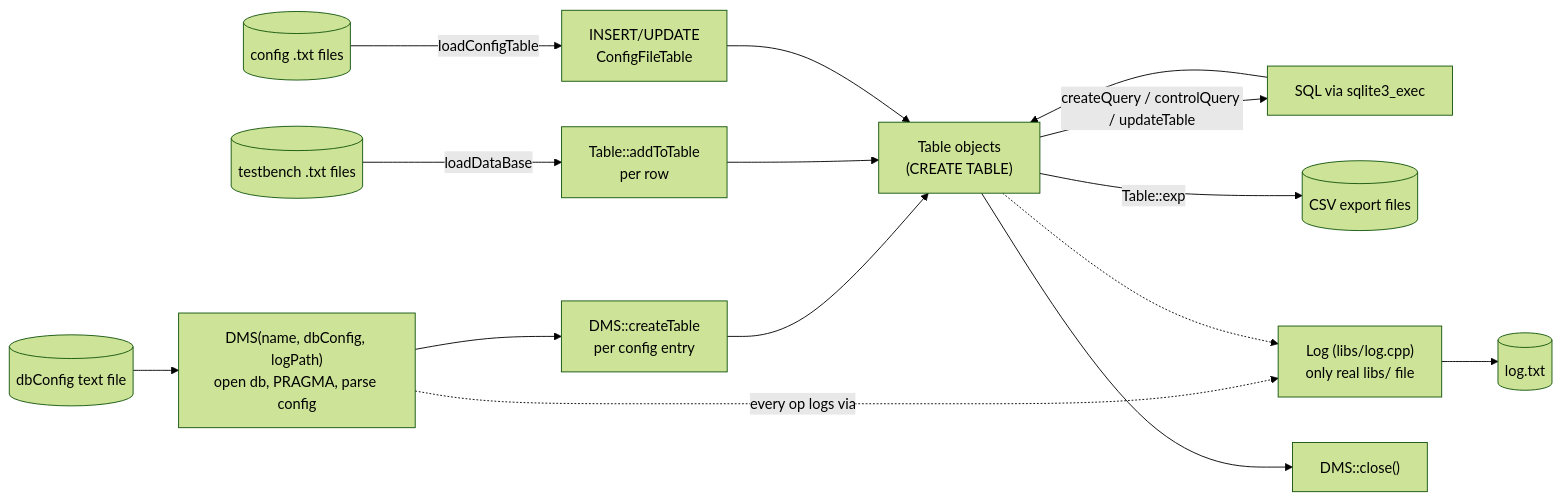
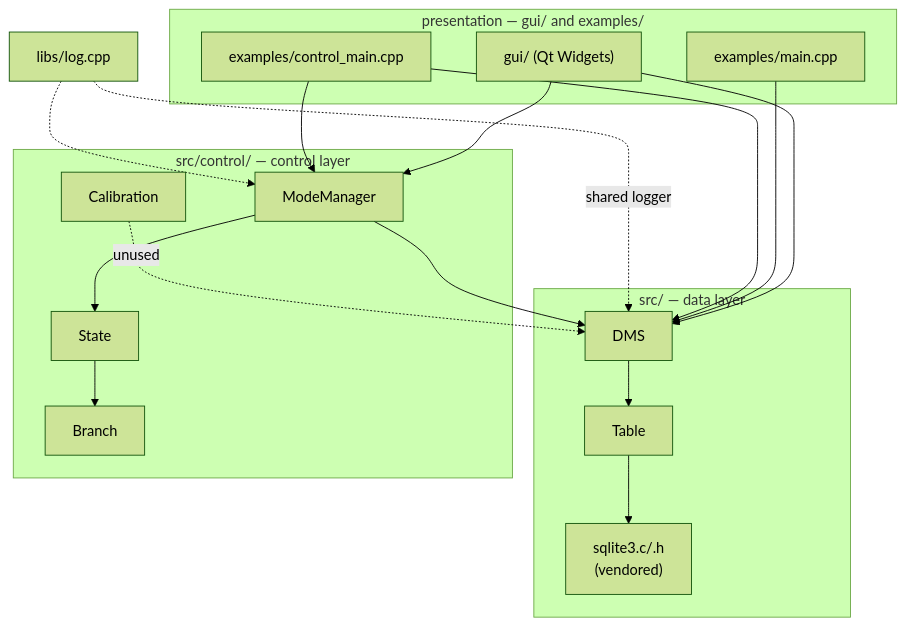
The first of 2 diagrams in docs/Manual.md (MaxwellMcFarlane/DMS), drawn with Mermaid (forest theme) before and after one commit. The commit also changed other lines of this file and 1 other file, not shown here.

````diff
--- a/docs/Manual.md
+++ b/docs/Manual.md
@@ -39,17 +32,25 @@
 ```mermaid
-flowchart LR
-    CFG[(dbConfig text file)] --> CTOR["DMS(name, dbConfig, logPath)<br/>open db, PRAGMA, parse config"]
-    CTOR --> CT["DMS::createTable<br/>per config entry"]
-    CT --> TBL["Table objects<br/>(CREATE TABLE)"]
-    TB[(testbench .txt files)] -->|loadDataBase| LOAD["Table::addToTable<br/>per row"]
-    CFF[(config .txt files)] -->|loadConfigTable| UPSERT["INSERT/UPDATE<br/>ConfigFileTable"]
-    LOAD --> TBL
-    UPSERT --> TBL
-    TBL -->|createQuery / controlQuery / updateTable| QUERY[SQL via sqlite3_exec]
-    QUERY --> TBL
-    TBL -->|Table::exp| CSV[(CSV export files)]
-    CTOR -.every op logs via.-> LOGCLS["Log (libs/log.cpp)<br/>only real libs/ file"]
-    TBL -.-> LOGCLS
-    LOGCLS --> LOGFILE[(log.txt)]
-    TBL --> CLOSE["DMS::close()"]
+flowchart TB
+    subgraph Data["src/ — data layer"]
+        DMS["DMS"] --> Table["Table"]
+        Table --> SQLite["sqlite3.c/.h<br/>(vendored)"]
+    end
+    subgraph Control["src/control/ — control layer"]
+        MM["ModeManager"] --> State
+        State --> Branch
+        MM --> DMS
+        Calibration -.unused.-> DMS
+    end
+    subgraph Present["presentation — gui/ and examples/"]
+        GUI["gui/ (Qt Widgets)"]
+        Ex1["examples/main.cpp"]
+        Ex2["examples/control_main.cpp"]
+    end
+    GUI --> DMS
+    GUI --> MM
+    Ex1 --> DMS
+    Ex2 --> DMS
+    Ex2 --> MM
+    Log["libs/log.cpp"] -.shared logger.-> DMS
+    Log -.-> MM
 ```
````
